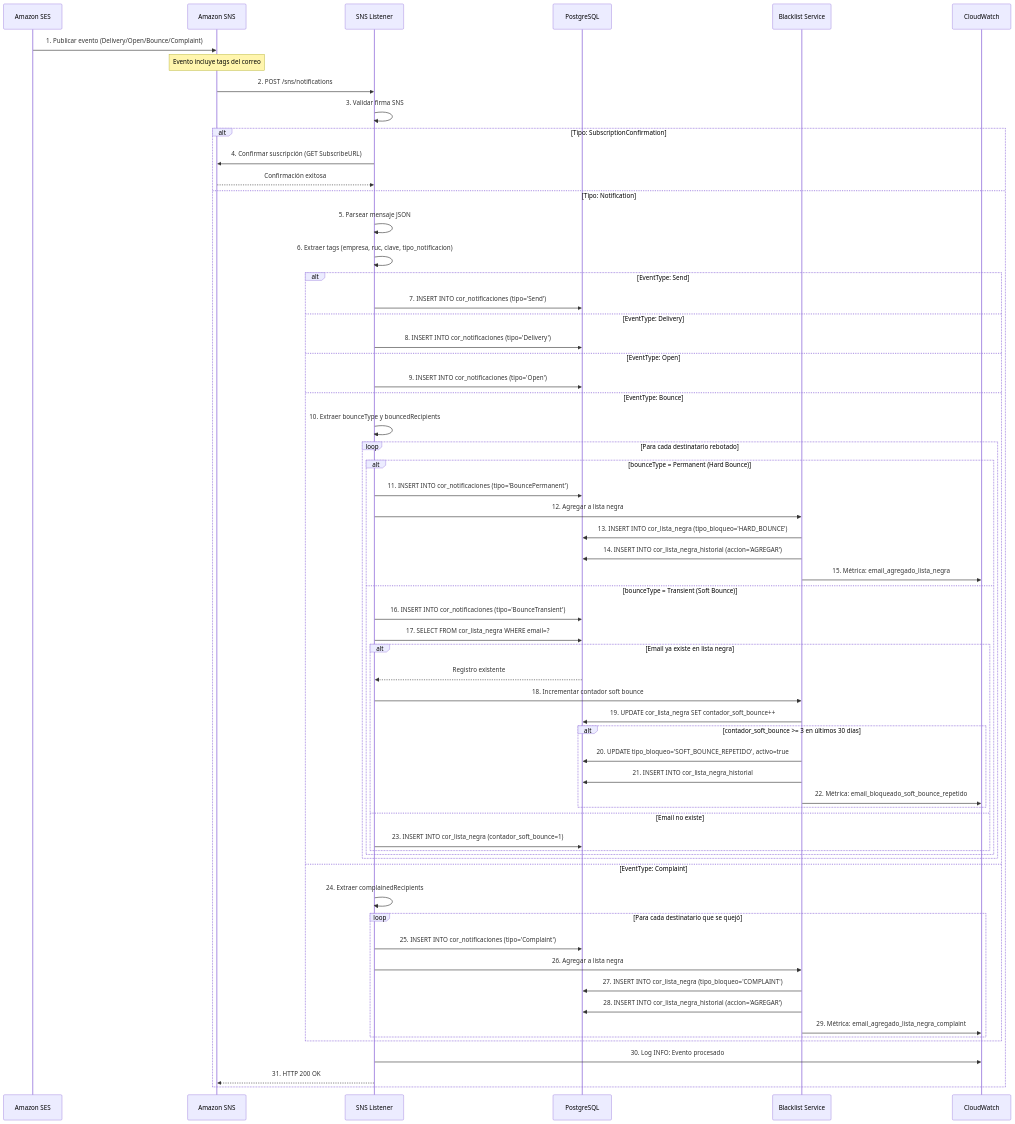
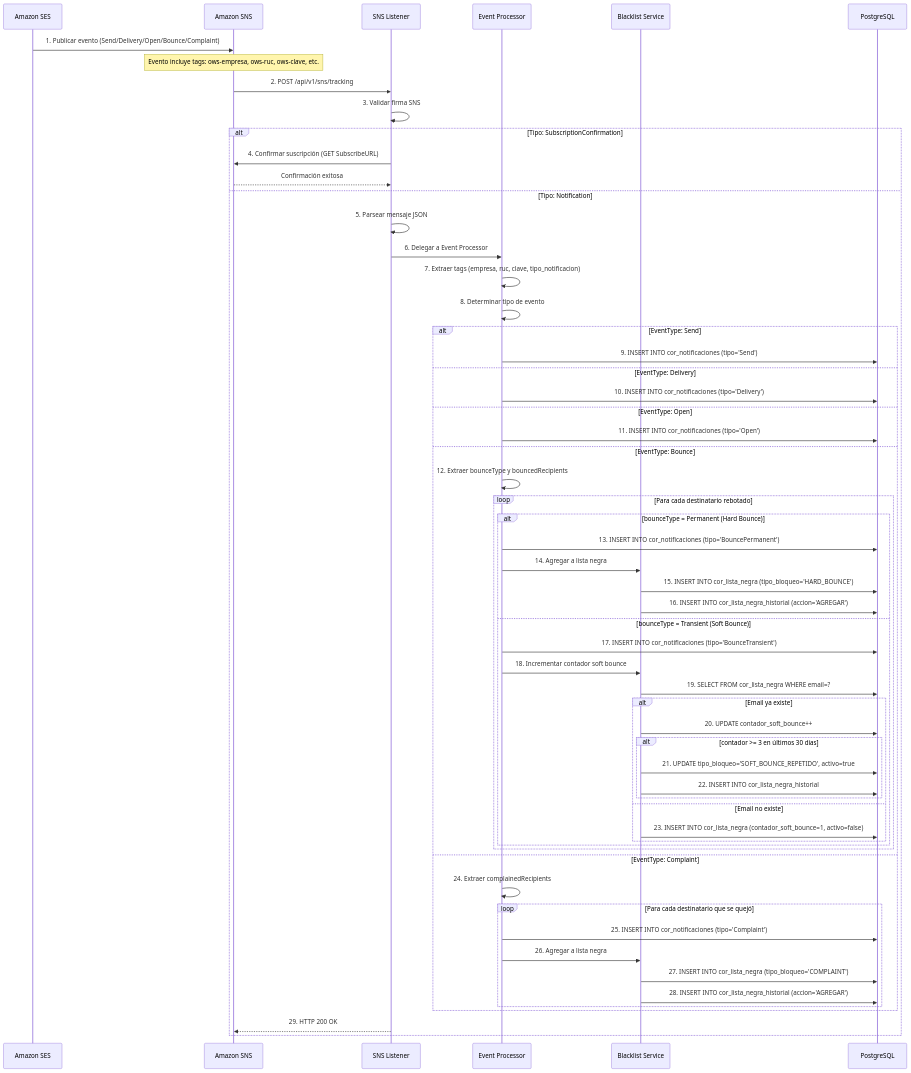
Before and after one commit to mgabramirez/MSCorreos: the second of 5 diagrams in .kiro/specs/refactorizacion-sistema-notificaciones-email/design.md, drawn with Mermaid. The commit also changed other lines of this file and 4 other files, not shown here.

````diff
--- a/.kiro/specs/refactorizacion-sistema-notificaciones-email/design.md
+++ b/.kiro/specs/refactorizacion-sistema-notificaciones-email/design.md
@@ -1175,73 +1075,70 @@
 ```mermaid
 sequenceDiagram
     participant SES as Amazon SES
     participant SNS as Amazon SNS
     participant L as SNS Listener
+    participant P as Event Processor
+    participant BL as Blacklist Service
     participant DB as PostgreSQL
-    participant BL as Blacklist Service
-    participant CW as CloudWatch
     
-    SES->>SNS: 1. Publicar evento (Delivery/Open/Bounce/Complaint)
-    Note over SNS: Evento incluye tags del correo
+    SES->>SNS: 1. Publicar evento (Send/Delivery/Open/Bounce/Complaint)
+    Note over SNS: Evento incluye tags: ows-empresa, ows-ruc, ows-clave, etc.
     
-    SNS->>L: 2. POST /sns/notifications
+    SNS->>L: 2. POST /api/v1/sns/tracking
     L->>L: 3. Validar firma SNS
     
     alt Tipo: SubscriptionConfirmation
         L->>SNS: 4. Confirmar suscripción (GET SubscribeURL)
         SNS-->>L: Confirmación exitosa
     else Tipo: Notification
         L->>L: 5. Parsear mensaje JSON
-        L->>L: 6. Extraer tags (empresa, ruc, clave, tipo_notificacion)
+        L->>P: 6. Delegar a Event Processor
+        
+        P->>P: 7. Extraer tags (empresa, ruc, clave, tipo_notificacion)
+        P->>P: 8. Determinar tipo de evento
         
         alt EventType: Send
-            L->>DB: 7. INSERT INTO cor_notificaciones (tipo='Send')
+            P->>DB: 9. INSERT INTO cor_notificaciones (tipo='Send')
         else EventType: Delivery
-            L->>DB: 8. INSERT INTO cor_notificaciones (tipo='Delivery')
+            P->>DB: 10. INSERT INTO cor_notificaciones (tipo='Delivery')
         else EventType: Open
-            L->>DB: 9. INSERT INTO cor_notificaciones (tipo='Open')
+            P->>DB: 11. INSERT INTO cor_notificaciones (tipo='Open')
         else EventType: Bounce
-            L->>L: 10. Extraer bounceType y bouncedRecipients
+            P->>P: 12. Extraer bounceType y bouncedRecipients
             
             loop Para cada destinatario rebotado
                 alt bounceType = Permanent (Hard Bounce)
-                    L->>DB: 11. INSERT INTO cor_notificaciones (tipo='BouncePermanent')
-                    L->>BL: 12. Agregar a lista negra
-                    BL->>DB: 13. INSERT INTO cor_lista_negra (tipo_bloqueo='HARD_BOUNCE')
-                    BL->>DB: 14. INSERT INTO cor_lista_negra_historial (accion='AGREGAR')
-                    BL->>CW: 15. Métrica: email_agregado_lista_negra
+                    P->>DB: 13. INSERT INTO cor_notificaciones (tipo='BouncePermanent')
+                    P->>BL: 14. Agregar a lista negra
+                    BL->>DB: 15. INSERT INTO cor_lista_negra (tipo_bloqueo='HARD_BOUNCE')
+                    BL->>DB: 16. INSERT INTO cor_lista_negra_historial (accion='AGREGAR')
                 else bounceType = Transient (Soft Bounce)
-                    L->>DB: 16. INSERT INTO cor_notificaciones (tipo='BounceTransient')
-                    L->>DB: 17. SELECT FROM cor_lista_negra WHERE email=?
+                    P->>DB: 17. INSERT INTO cor_notificaciones (tipo='BounceTransient')
+                    P->>BL: 18. Incrementar contador soft bounce
+                    BL->>DB: 19. SELECT FROM cor_lista_negra WHERE email=?
                     
-                    alt Email ya existe en lista negra
-                        DB-->>L: Registro existente
-                        L->>BL: 18. Incrementar contador soft bounce
-                        BL->>DB: 19. UPDATE cor_lista_negra SET contador_soft_bounce++
-                        
-                        alt contador_soft_bounce >= 3 en últimos 30 días
-                            BL->>DB: 20. UPDATE tipo_bloqueo='SOFT_BOUNCE_REPETIDO', activo=true
-                            BL->>DB: 21. INSERT INTO cor_lista_negra_historial
-                            BL->>CW: 22. Métrica: email_bloqueado_soft_bounce_repetido
+                    alt Email ya existe
+                        BL->>DB: 20. UPDATE contador_soft_bounce++
+                        alt contador >= 3 en últimos 30 días
+                            BL->>DB: 21. UPDATE tipo_bloqueo='SOFT_BOUNCE_REPETIDO', activo=true
+                            BL->>DB: 22. INSERT INTO cor_lista_negra_historial
                         end
                     else Email no existe
-                        L->>DB: 23. INSERT INTO cor_lista_negra (contador_soft_bounce=1)
+                        BL->>DB: 23. INSERT INTO cor_lista_negra (contador_soft_bounce=1, activo=false)
                     end
                 end
             end
         else EventType: Complaint
-            L->>L: 24. Extraer complainedRecipients
+            P->>P: 24. Extraer complainedRecipients
             
             loop Para cada destinatario que se quejó
-                L->>DB: 25. INSERT INTO cor_notificaciones (tipo='Complaint')
-                L->>BL: 26. Agregar a lista negra
+                P->>DB: 25. INSERT INTO cor_notificaciones (tipo='Complaint')
+                P->>BL: 26. Agregar a lista negra
                 BL->>DB: 27. INSERT INTO cor_lista_negra (tipo_bloqueo='COMPLAINT')
                 BL->>DB: 28. INSERT INTO cor_lista_negra_historial (accion='AGREGAR')
-                BL->>CW: 29. Métrica: email_agregado_lista_negra_complaint
             end
         end
         
-        L->>CW: 30. Log INFO: Evento procesado
-        L-->>SNS: 31. HTTP 200 OK
+        L-->>SNS: 29. HTTP 200 OK
     end
 ```
````
